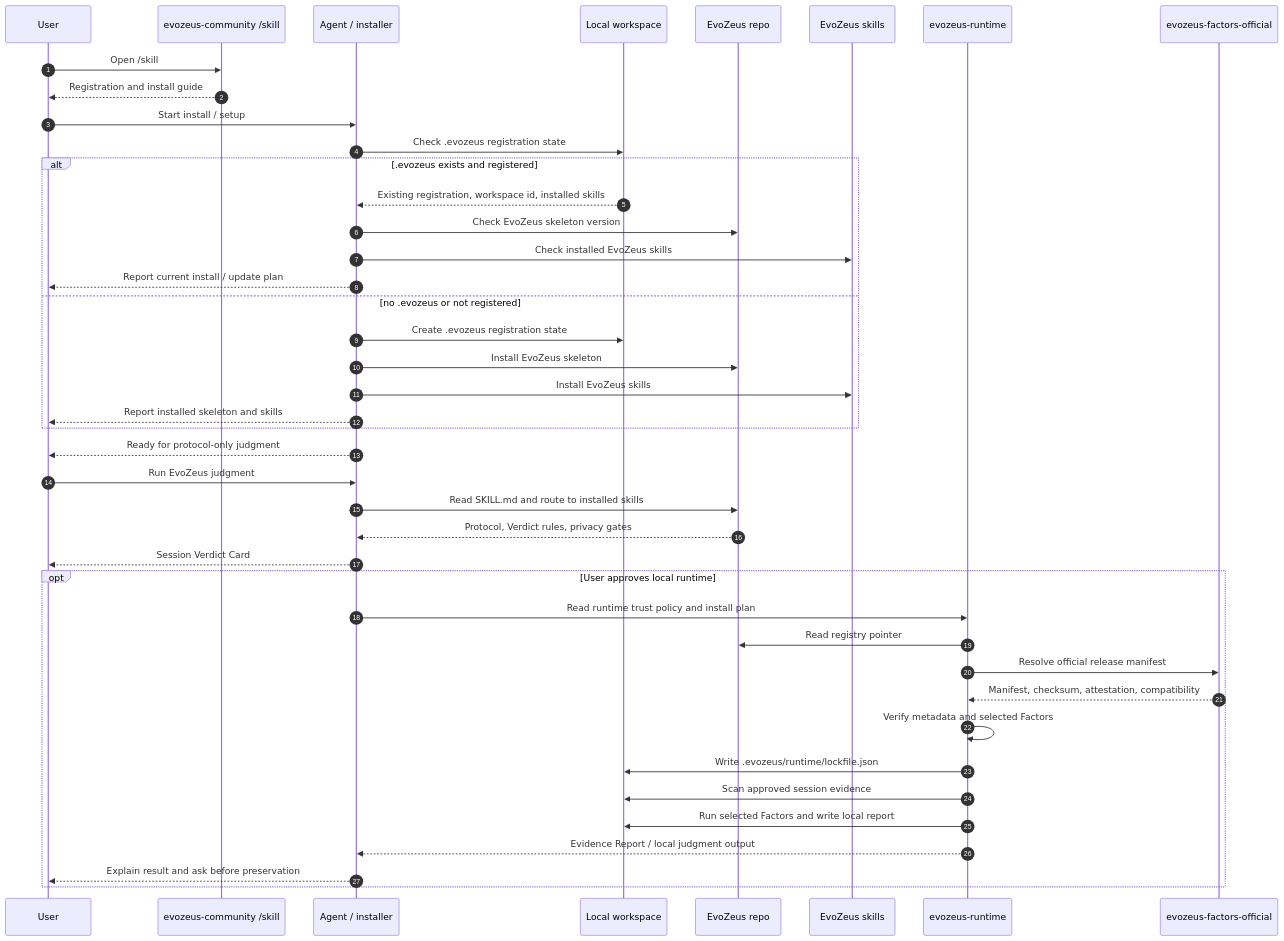
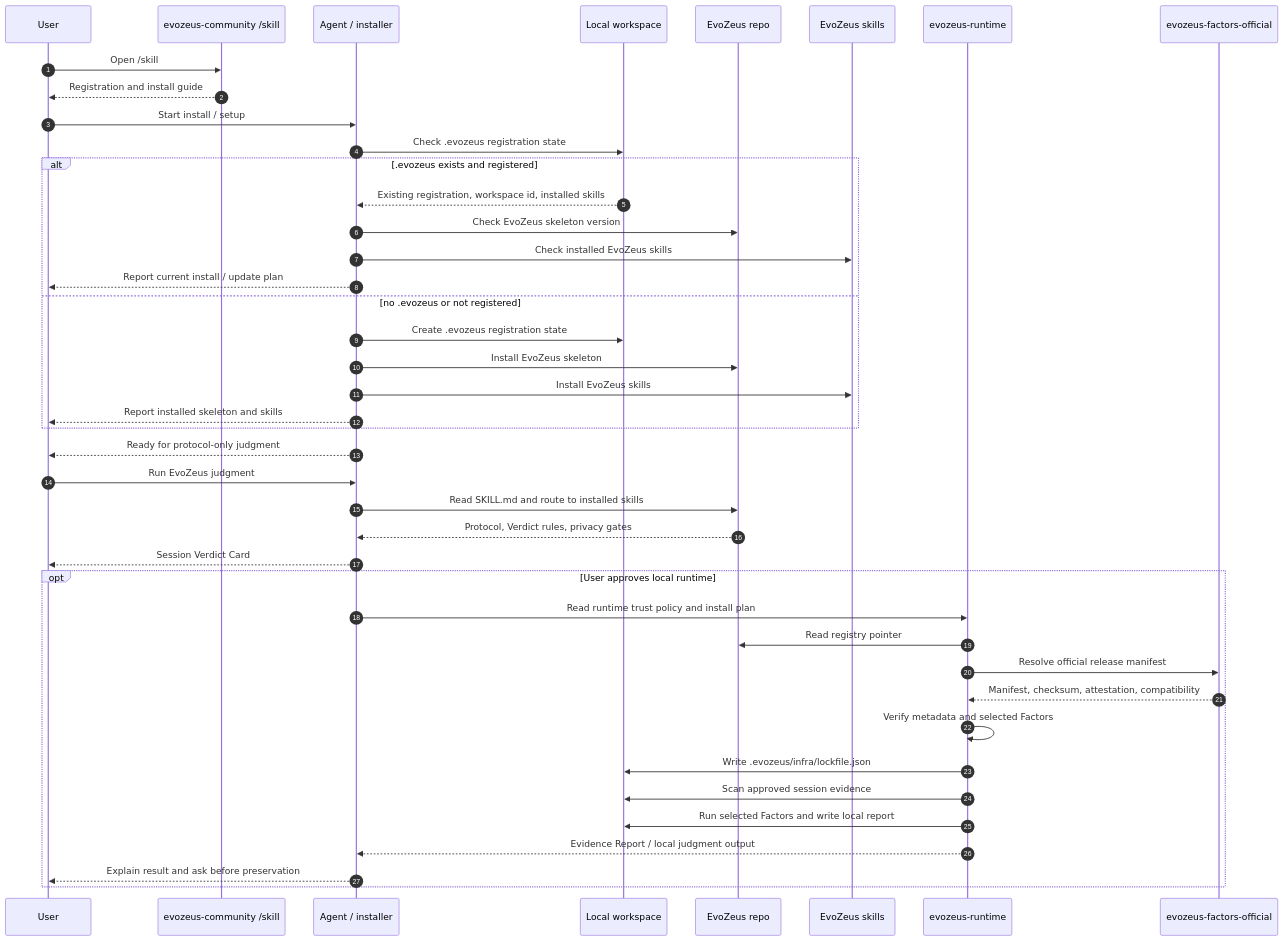
The diagram in README.md (MetaInFLow/EvoZeus), drawn with Mermaid before and after one commit. The commit also changed other lines of this file and 4 other files, not shown here.

````diff
--- a/README.md
+++ b/README.md
@@ -47,48 +47,48 @@
 ```mermaid
 sequenceDiagram
   autonumber
   participant User
   participant Community as evozeus-community /skill
   participant Installer as Agent / installer
   participant Local as Local workspace
   participant Main as EvoZeus repo
   participant Skills as EvoZeus skills
   participant Runtime as evozeus-runtime
   participant Official as evozeus-factors-official
 
   User->>Community: Open /skill
   Community-->>User: Registration and install guide
   User->>Installer: Start install / setup
   Installer->>Local: Check .evozeus registration state
 
   alt .evozeus exists and registered
     Local-->>Installer: Existing registration, workspace id, installed skills
     Installer->>Main: Check EvoZeus skeleton version
     Installer->>Skills: Check installed EvoZeus skills
     Installer-->>User: Report current install / update plan
   else no .evozeus or not registered
     Installer->>Local: Create .evozeus registration state
     Installer->>Main: Install EvoZeus skeleton
     Installer->>Skills: Install EvoZeus skills
     Installer-->>User: Report installed skeleton and skills
   end
 
   Installer-->>User: Ready for protocol-only judgment
   User->>Installer: Run EvoZeus judgment
   Installer->>Main: Read SKILL.md and route to installed skills
   Main-->>Installer: Protocol, Verdict rules, privacy gates
   Installer-->>User: Session Verdict Card
 
   opt User approves local runtime
     Installer->>Runtime: Read runtime trust policy and install plan
     Runtime->>Main: Read registry pointer
     Runtime->>Official: Resolve official release manifest
     Official-->>Runtime: Manifest, checksum, attestation, compatibility
     Runtime->>Runtime: Verify metadata and selected Factors
-    Runtime->>Local: Write .evozeus/runtime/lockfile.json
+    Runtime->>Local: Write .evozeus/infra/lockfile.json
     Runtime->>Local: Scan approved session evidence
     Runtime->>Local: Run selected Factors and write local report
     Runtime-->>Installer: Evidence Report / local judgment output
     Installer-->>User: Explain result and ask before preservation
   end
 ```
````
